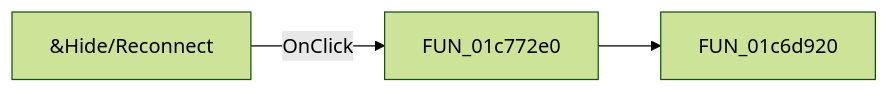
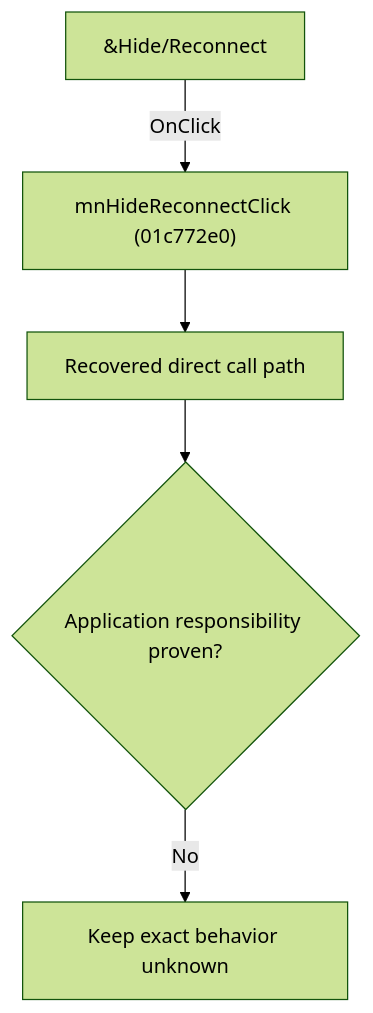
One commit to MovGP0/TIARA changed the diagram in docs/ui-controls/schematiceditor/mnhidereconnect-486aa9a882.md. Above: the diagram before and after it, drawn with Mermaid (forest theme). The commit also changed other lines of this file and 1062 other files, not shown here.

````diff
--- a/docs/ui-controls/schematiceditor/mnhidereconnect-486aa9a882.md
+++ b/docs/ui-controls/schematiceditor/mnhidereconnect-486aa9a882.md
@@ -27,5 +27,7 @@
 ```mermaid
-flowchart LR
-    control["&Hide/Reconnect"] -->|OnClick| handler["FUN_01c772e0"]
-    handler --> call1["FUN_01c6d920"]
+flowchart TD
+    control["&Hide/Reconnect"] -->|"OnClick"| handler["mnHideReconnectClick (01c772e0)"]
+    handler --> recovered["Recovered direct call path"]
+    recovered --> gap{"Application responsibility proven?"}
+    gap -->|"No"| blocked["Keep exact behavior unknown"]
 ```
````
